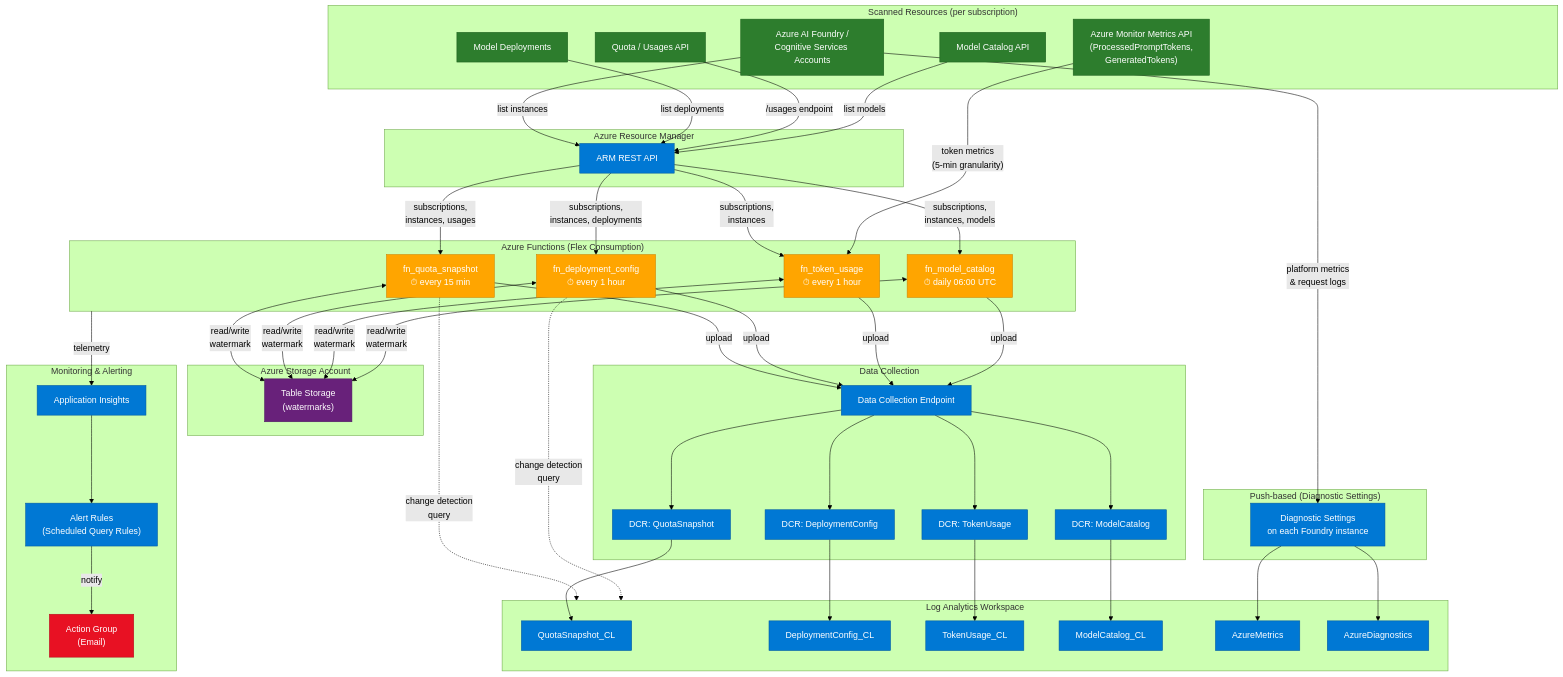
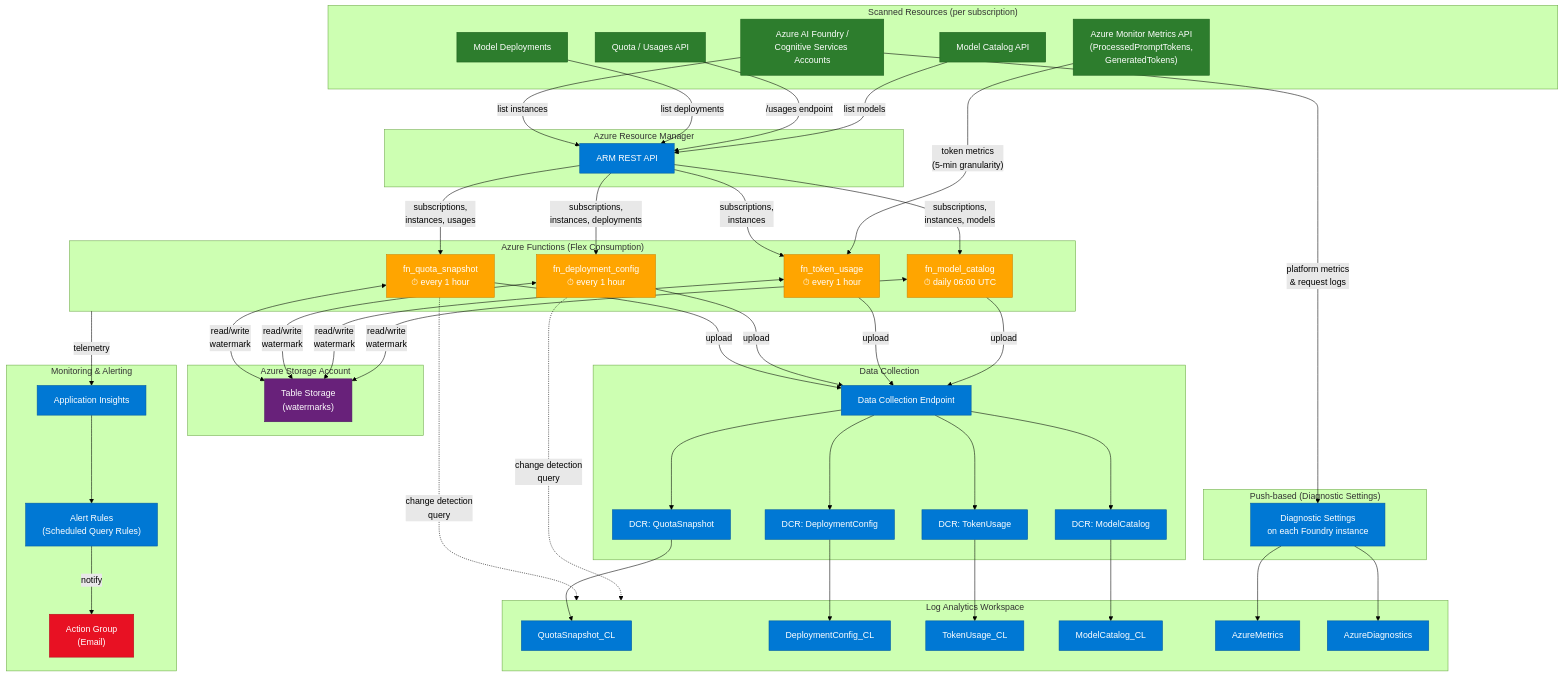
Before and after one commit to DOliana/foundry-monitoring: the diagram in docs/Architecture.md, drawn with Mermaid (forest theme). The commit also changed other lines of this file and 5 other files, not shown here.

Commit message:
update quota snapshot collection frequency to hourly and adjust related documentation

```diff
--- a/docs/Architecture.md
+++ b/docs/Architecture.md
@@ -15,7 +15,7 @@
     end
 
     subgraph functions["Azure Functions (Flex Consumption)"]
-        FN_QUOTA["fn_quota_snapshot<br>⏱ every 15 min"]
+        FN_QUOTA["fn_quota_snapshot<br>⏱ every 1 hour"]
         FN_DEPLOY["fn_deployment_config<br>⏱ every 1 hour"]
         FN_TOKEN["fn_token_usage<br>⏱ every 1 hour"]
         FN_MODEL["fn_model_catalog<br>⏱ daily 06:00 UTC"]
```
